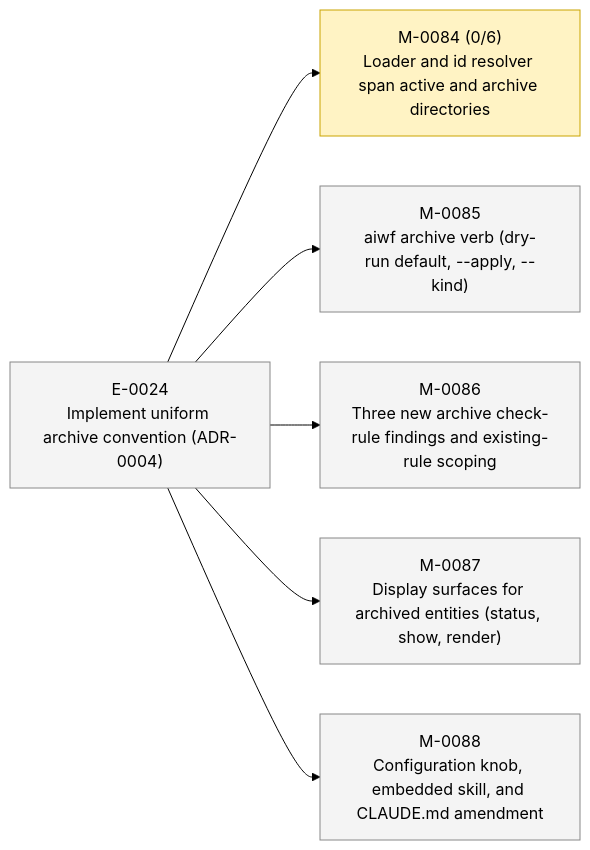
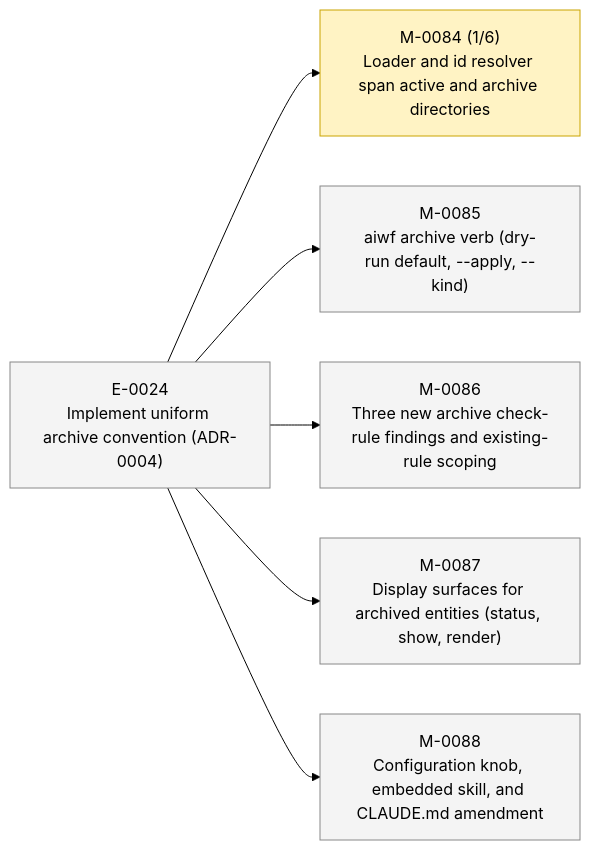
One commit to 23min/aiwf changed the second of 2 diagrams in STATUS.md. Above: the diagram before and after it, drawn with Mermaid (forest theme). The commit also changed other lines of this file and 1 other file, not shown here.

````diff
--- a/STATUS.md
+++ b/STATUS.md
@@ -49,20 +49,20 @@
 ```mermaid
 flowchart LR
   E_0024["E-0024<br/>Implement uniform archive convention (ADR-0004)"]:::epic_proposed
-  M_0084["M-0084 (0/6)<br/>Loader and id resolver span active and archive directories"]:::ms_in_progress
+  M_0084["M-0084 (1/6)<br/>Loader and id resolver span active and archive directories"]:::ms_in_progress
   E_0024 --> M_0084
   M_0085["M-0085<br/>aiwf archive verb (dry-run default, --apply, --kind)"]:::ms_draft
   E_0024 --> M_0085
   M_0086["M-0086<br/>Three new archive check-rule findings and existing-rule scoping"]:::ms_draft
   E_0024 --> M_0086
   M_0087["M-0087<br/>Display surfaces for archived entities (status, show, render)"]:::ms_draft
   E_0024 --> M_0087
   M_0088["M-0088<br/>Configuration knob, embedded skill, and CLAUDE.md amendment"]:::ms_draft
   E_0024 --> M_0088
   classDef epic_active fill:#d6eaff,stroke:#1a73e8,color:#000
   classDef epic_proposed fill:#f4f4f4,stroke:#888,color:#000
   classDef ms_done fill:#d8f5d8,stroke:#2a8a2a,color:#000
   classDef ms_in_progress fill:#fff3c4,stroke:#caa400,color:#000
   classDef ms_draft fill:#f4f4f4,stroke:#888,color:#000
   classDef ms_cancelled fill:#fbeaea,stroke:#c33,color:#000
 ```
````
